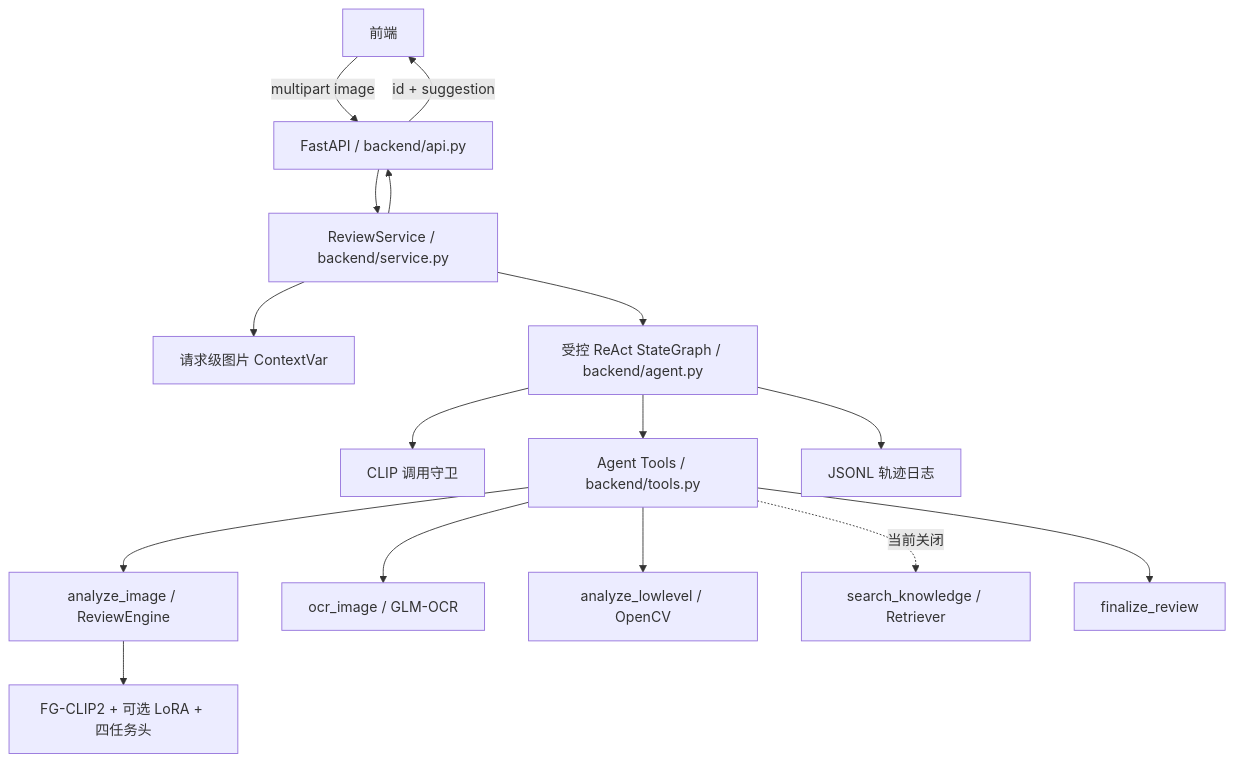
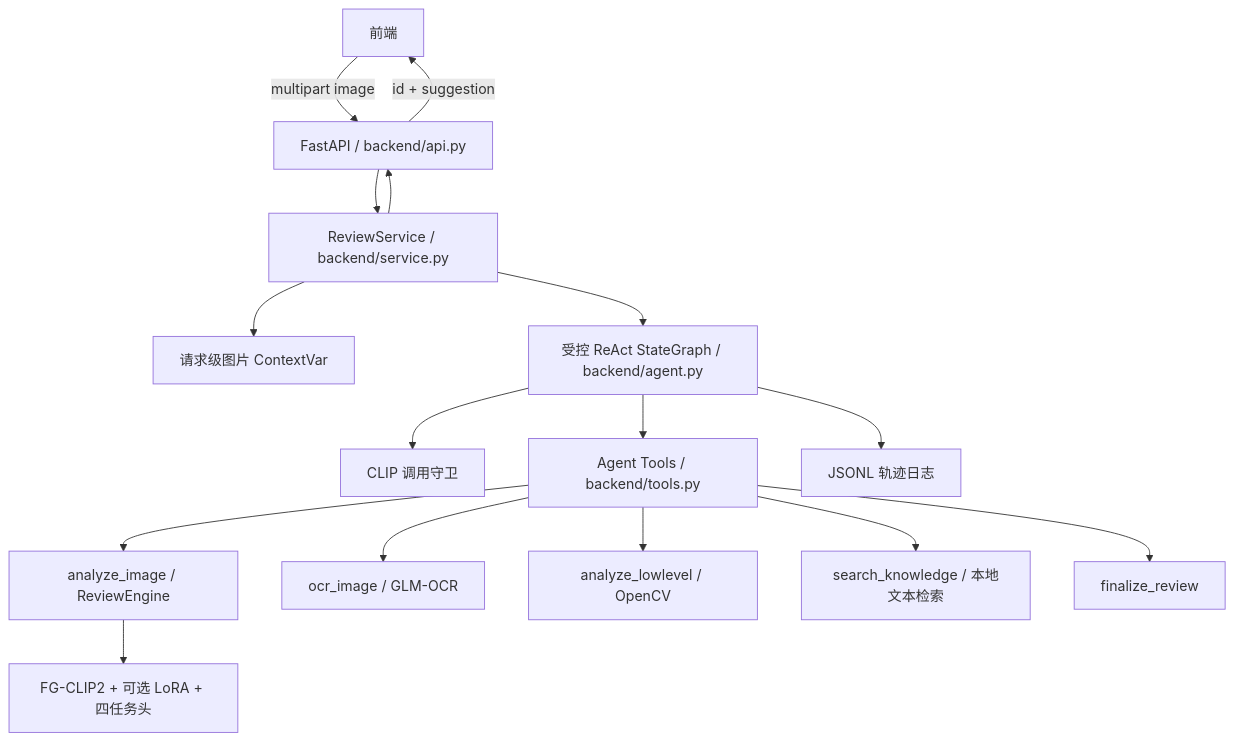
One commit to ZhangGuannanHIT/Image-Review-Agent changed the diagram in docs/architecture.md. Above: the diagram before and after it, drawn with Mermaid. The commit also changed other lines of this file and 21 other files, not shown here.

````diff
--- a/docs/architecture.md
+++ b/docs/architecture.md
@@ -13,18 +13,18 @@
 ```mermaid
 flowchart TD
     FE[前端] -->|multipart image| API[FastAPI / backend/api.py]
     API --> SVC[ReviewService / backend/service.py]
     SVC --> CTX[请求级图片 ContextVar]
     SVC --> GRAPH[受控 ReAct StateGraph / backend/agent.py]
     GRAPH --> GUARD[CLIP 调用守卫]
     GRAPH --> TOOLS[Agent Tools / backend/tools.py]
     TOOLS --> CLIP[analyze_image / ReviewEngine]
     TOOLS --> OCR[ocr_image / GLM-OCR]
     TOOLS --> LOW[analyze_lowlevel / OpenCV]
-    TOOLS -. 当前关闭 .-> RAG[search_knowledge / Retriever]
+    TOOLS --> RAG[search_knowledge / 本地文本检索]
     TOOLS --> FINAL[finalize_review]
     CLIP --> MODEL[FG-CLIP2 + 可选 LoRA + 四任务头]
     GRAPH --> LOG[JSONL 轨迹日志]
     SVC --> API
     API -->|id + suggestion| FE
 ```
````
